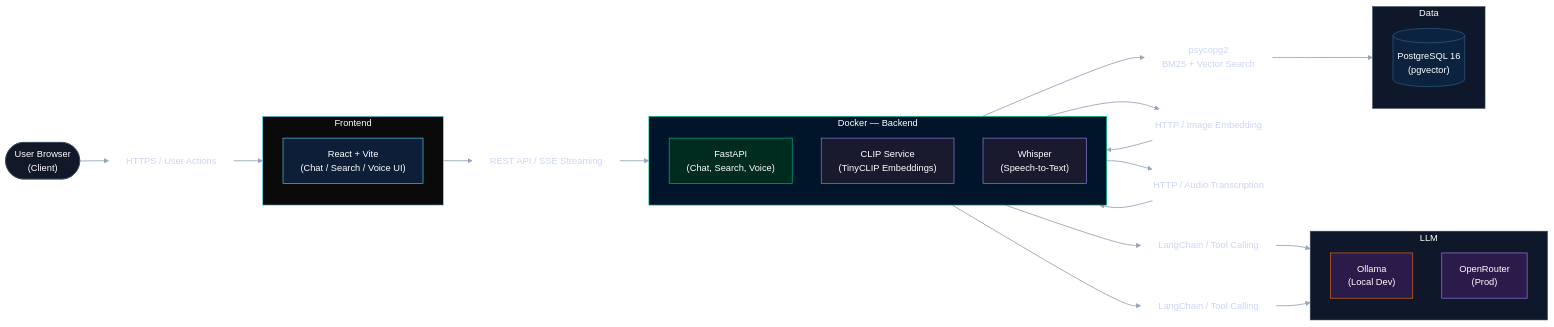
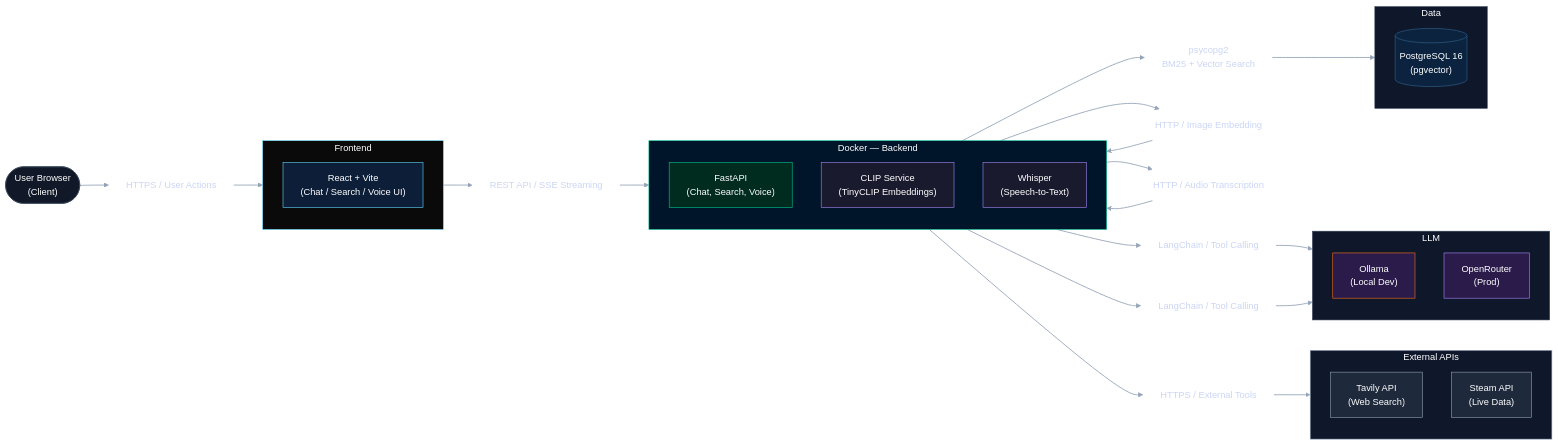
Before and after one commit to hua0-richard/ai-agent-ecomm: the diagram in README.md, drawn with Mermaid. The commit also changed other lines of this file, not shown here.

Commit message:
Tavily Search

````diff
--- a/README.md
+++ b/README.md
@@ -62,6 +63,12 @@
         OpenRouter["OpenRouter<br/>(Prod)"]
     end
 
+    subgraph External["External APIs"]
+        direction TB
+        Tavily["Tavily API<br/>(Web Search)"]
+        Steam["Steam API<br/>(Live Data)"]
+    end
+
     L_User_FE["HTTPS / User Actions"]
     L_FE_API["REST API / SSE Streaming"]
     L_API_DB["psycopg2<br/>BM25 + Vector Search"]
@@ -69,6 +76,7 @@
     L_API_Whisper["HTTP / Audio Transcription"]
     L_API_Ollama["LangChain / Tool Calling"]
     L_API_OR["LangChain / Tool Calling"]
+    L_API_Ext["HTTPS / External Tools"]
 
     User --> L_User_FE --> FE
     FE --> L_FE_API --> API
@@ -77,6 +85,7 @@
     API --> L_API_Whisper --> Whisper
     API --> L_API_Ollama --> Ollama
     API --> L_API_OR --> OpenRouter
+    API --> L_API_Ext --> External
 
     classDef neutral fill:#111827,stroke:#334155,color:#ffffff;
     classDef react fill:#0d1f38,stroke:#61dafb,color:#ffffff;
@@ -86,6 +95,7 @@
     classDef pg fill:#0c2340,stroke:#336791,color:#ffffff;
     classDef ollama fill:#2b1b4b,stroke:#f97316,color:#ffffff;
     classDef openrouter fill:#2b1b4b,stroke:#a78bfa,color:#ffffff;
+    classDef external fill:#1e293b,stroke:#94a3b8,color:#ffffff;
     classDef edgeText fill:transparent,stroke:transparent,color:#cbd5f5;
 
     class User neutral;
@@ -96,12 +106,14 @@
     class DB pg;
     class Ollama ollama;
     class OpenRouter openrouter;
-    class L_User_FE,L_FE_API,L_API_DB,L_API_CLIP,L_API_Whisper,L_API_Ollama,L_API_OR edgeText;
+    class Tavily,Steam external;
+    class L_User_FE,L_FE_API,L_API_DB,L_API_CLIP,L_API_Whisper,L_API_Ollama,L_API_OR,L_API_Ext edgeText;
 
     style Frontend fill:#0a0a0a,stroke:#61dafb,color:#ffffff,stroke-width:1px
     style Backend fill:#001529,stroke:#00c896,color:#ffffff,stroke-width:1px
     style Data fill:#0f172a,stroke:#334155,color:#ffffff,stroke-width:1px
     style LLMLayer fill:#0f172a,stroke:#334155,color:#ffffff,stroke-width:1px
+    style External fill:#0f172a,stroke:#94a3b8,color:#ffffff,stroke-width:1px
 
     linkStyle default stroke:#94a3b8,stroke-width:1.5px
 ```
````
